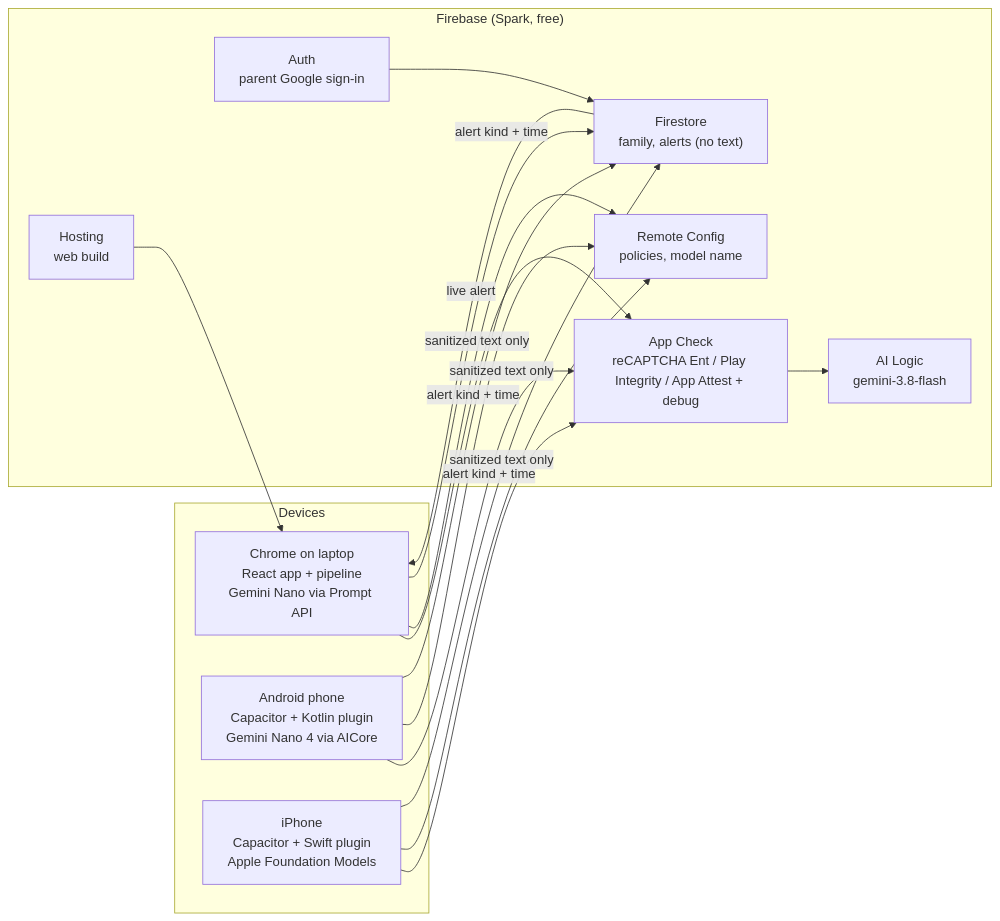
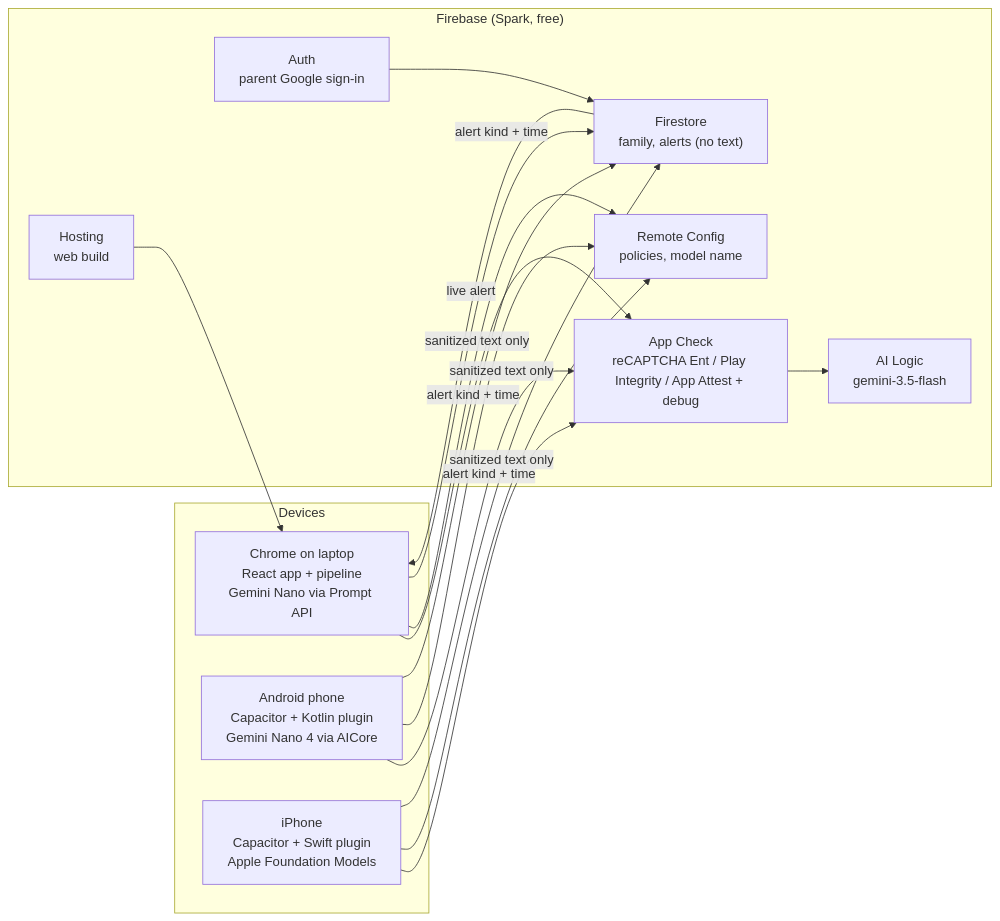
Before and after one commit to abhi-0404/sprout-buildhybridai: the first of 4 diagrams in sprout/docs/WINNING-PLAN.md, drawn with Mermaid. The commit also changed other lines of this file and 14 other files, not shown here.

First line of the commit message:
feat(ai): live cloud path with App Check, switch to gemini-3.5-flash

````diff
--- a/sprout/docs/WINNING-PLAN.md
+++ b/sprout/docs/WINNING-PLAN.md
@@ -73,22 +73,22 @@
 ```mermaid
 flowchart LR
   subgraph Devices
     W["Chrome on laptop<br/>React app + pipeline<br/>Gemini Nano via Prompt API"]
     A["Android phone<br/>Capacitor + Kotlin plugin<br/>Gemini Nano 4 via AICore"]
     I["iPhone<br/>Capacitor + Swift plugin<br/>Apple Foundation Models"]
   end
   subgraph Firebase["Firebase (Spark, free)"]
     AC["App Check<br/>reCAPTCHA Ent / Play Integrity / App Attest + debug"]
-    AIL["AI Logic<br/>gemini-3.8-flash"]
+    AIL["AI Logic<br/>gemini-3.5-flash"]
     RC["Remote Config<br/>policies, model name"]
     FS["Firestore<br/>family, alerts (no text)"]
     AU["Auth<br/>parent Google sign-in"]
     H["Hosting<br/>web build"]
   end
   H --> W
   W & A & I -->|"sanitized text only"| AC --> AIL
   W & A & I --> RC
   W & A & I -->|"alert kind + time"| FS
   AU --> FS
   FS -->|"live alert"| W
 ```
````
